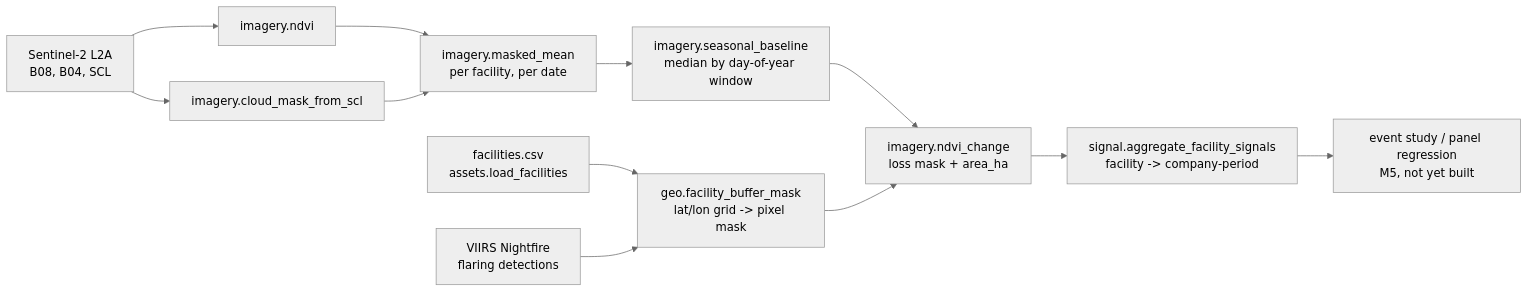
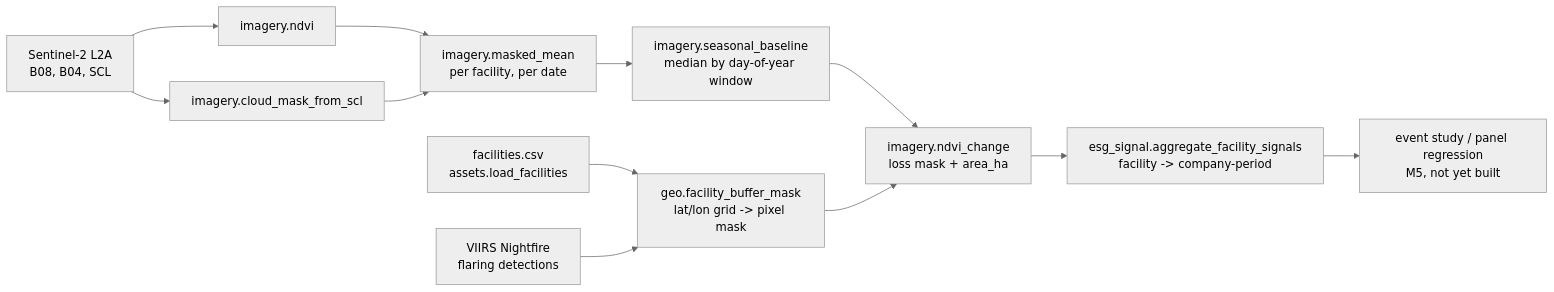
The diagram in docs/DESIGN.md (vincal848/esg-imaging), drawn with Mermaid (neutral theme) before and after one commit. The commit also changed other lines of this file and 9 other files, not shown here.

````diff
--- a/docs/DESIGN.md
+++ b/docs/DESIGN.md
@@ -8,14 +8,14 @@
 ```mermaid
 flowchart LR
     F[facilities.csv<br/>assets.load_facilities] --> B[geo.facility_buffer_mask<br/>lat/lon grid -> pixel mask]
     S2[Sentinel-2 L2A<br/>B08, B04, SCL] --> N[imagery.ndvi]
     S2 --> C[imagery.cloud_mask_from_scl]
     N --> M[imagery.masked_mean<br/>per facility, per date]
     C --> M
     M --> BL[imagery.seasonal_baseline<br/>median by day-of-year window]
     BL --> CH[imagery.ndvi_change<br/>loss mask + area_ha]
     VIIRS[VIIRS Nightfire<br/>flaring detections] --> B
     B --> CH
-    CH --> AGG[signal.aggregate_facility_signals<br/>facility -> company-period]
+    CH --> AGG[esg_signal.aggregate_facility_signals<br/>facility -> company-period]
     AGG --> EV[event study / panel regression<br/>M5, not yet built]
 ```
````
